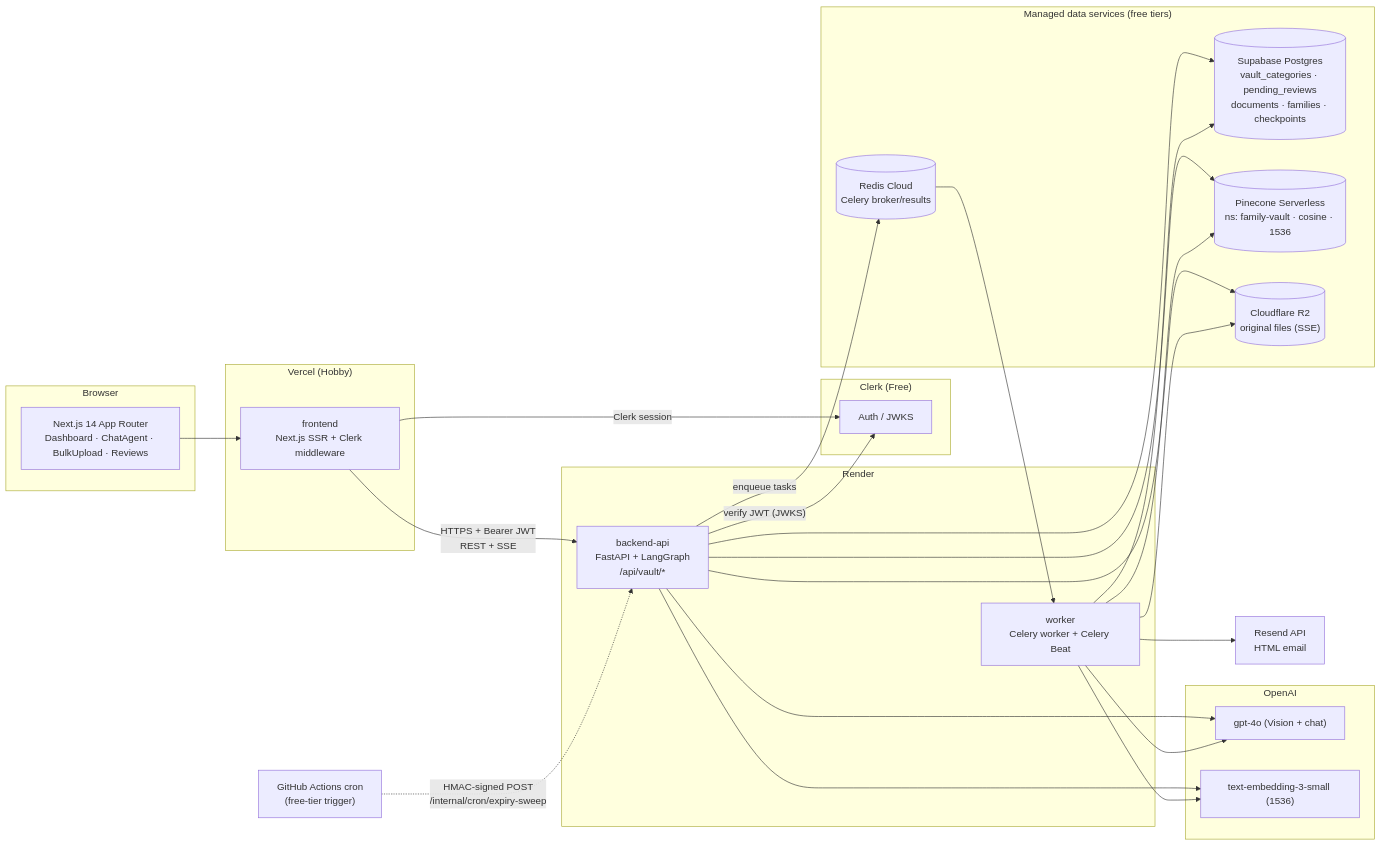
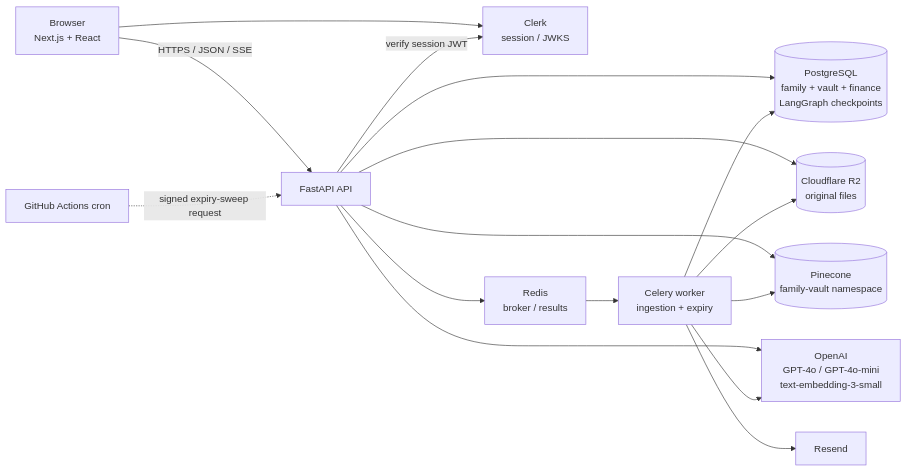
Before and after one commit to rajendranduraiswamy76-dev/FamGuard: the first of 2 diagrams in docs/design.md, drawn with Mermaid. The commit also changed other lines of this file and 3 other files, not shown here.

````diff
--- a/docs/design.md
+++ b/docs/design.md
@@ -13,53 +14,30 @@
 ```mermaid
 flowchart LR
-    subgraph Client["Browser"]
-        UI["Next.js 14 App Router<br/>Dashboard · ChatAgent · BulkUpload · Reviews"]
-    end
+    Browser["Browser<br/>Next.js + React"]
+    Clerk["Clerk<br/>session / JWKS"]
+    API["FastAPI API"]
+    Worker["Celery worker<br/>ingestion + expiry"]
+    Queue["Redis<br/>broker / results"]
+    DB[("PostgreSQL<br/>family + vault + finance<br/>LangGraph checkpoints")]
+    Files[("Cloudflare R2<br/>original files")]
+    Vectors[("Pinecone<br/>family-vault namespace")]
+    OpenAI["OpenAI<br/>GPT-4o / GPT-4o-mini<br/>text-embedding-3-small"]
+    Email["Resend"]
+    Cron["GitHub Actions cron"]
 
-    subgraph Vercel["Vercel (Hobby)"]
-        FE["frontend<br/>Next.js SSR + Clerk middleware"]
-    end
-
-    subgraph Clerk["Clerk (Free)"]
-        AUTH["Auth / JWKS"]
-    end
-
-    subgraph Render["Render"]
-        API["backend-api<br/>FastAPI + LangGraph<br/>/api/vault/*"]
-        WK["worker<br/>Celery worker + Celery Beat"]
-    end
-
-    subgraph AI["OpenAI"]
-        GPT["gpt-4o (Vision + chat)"]
-        EMB["text-embedding-3-small (1536)"]
-    end
-
-    subgraph Data["Managed data services (free tiers)"]
-        PG[("Supabase Postgres<br/>vault_categories · pending_reviews<br/>documents · families · checkpoints")]
-        PC[("Pinecone Serverless<br/>ns: family-vault · cosine · 1536")]
-        R2[("Cloudflare R2<br/>original files (SSE)")]
-        RD[("Redis Cloud<br/>Celery broker/results")]
-    end
-
-    RS["Resend API<br/>HTML email"]
-    GHA["GitHub Actions cron<br/>(free-tier trigger)"]
-
-    UI --> FE
-    FE -- "Clerk session" --> AUTH
-    FE -- "HTTPS + Bearer JWT<br/>REST + SSE" --> API
-    API -- "verify JWT (JWKS)" --> AUTH
-    API --> PG
-    API --> PC
-    API --> R2
-    API -- "enqueue tasks" --> RD
-    RD --> WK
-    WK --> PG
-    WK --> PC
-    WK --> R2
-    WK --> RS
-    API --> GPT
-    API --> EMB
-    WK --> GPT
-    WK --> EMB
-    GHA -. "HMAC-signed POST<br/>/internal/cron/expiry-sweep" .-> API
+    Browser --> Clerk
+    Browser -->|"HTTPS / JSON / SSE"| API
+    API -->|"verify session JWT"| Clerk
+    API --> DB
+    API --> Files
+    API --> Vectors
+    API --> OpenAI
+    API --> Queue
+    Queue --> Worker
+    Worker --> DB
+    Worker --> Files
+    Worker --> Vectors
+    Worker --> OpenAI
+    Worker --> Email
+    Cron -. "signed expiry-sweep request" .-> API
 ```
````
